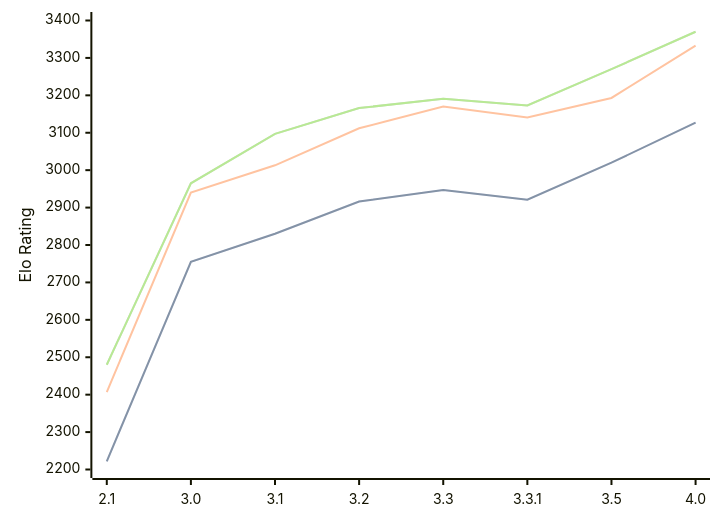
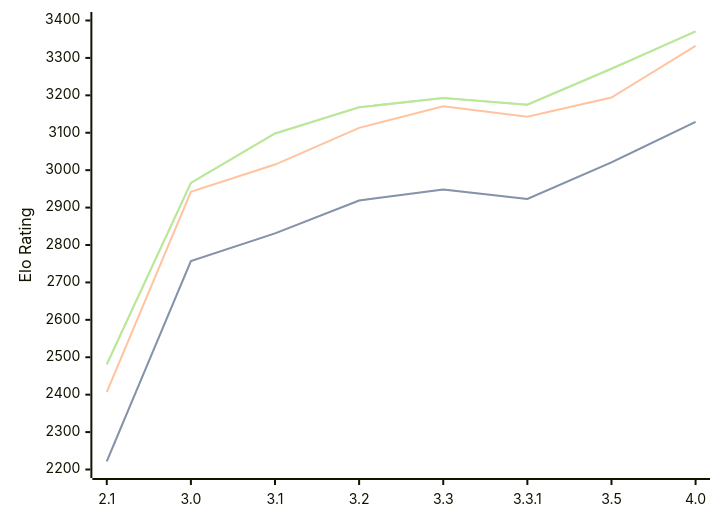
One commit to computer-chess-index/cci changed the diagram in engines/Petrel.md. Above: the diagram before and after it, drawn with Mermaid. The commit also changed other lines of this file, not shown here.

Commit message:
Update CCI Ratings (ELO VLTC) - 2026-09-01

````diff
--- a/engines/Petrel.md
+++ b/engines/Petrel.md
@@ -38,11 +38,11 @@
 ```mermaid
 %%{init: {"theme":"base","themeVariables":{"seriesColors:['#a3a3a3','#222221','#faa371']}}}%%
 xychart-beta
   x-axis ["2.1", "3.0", "3.1", "3.2", "3.3", "3.3.1", "3.5", "4.0"]
   y-axis "Elo Rating" 2200 --> 3400
-  line "" [2222, 2755, 2830, 2916, 2947, 2921, 3020, 3127]
-  line "STC (8.0+0.08s)" [2222, 2755, 2830, 2916, 2947, 2921, 3020, 3127]
-  line "LTC (60.0+0.60s)" [2407, 2940, 3013, 3112, 3170, 3141, 3193, 3333]
-  line "" [2480, 2965, 3097, 3166, 3191, 3173, 3270, 3370]
-  line "VLTC (2m24s+1.12s)" [2480, 2965, 3097, 3166, 3191, 3173, 3270, 3370]
+  line "" [2222, 2757, 2831, 2919, 2948, 2923, 3021, 3129]
+  line "STC (8.0+0.08s)" [2222, 2757, 2831, 2919, 2948, 2923, 3021, 3129]
+  line "LTC (60.0+0.60s)" [2407, 2942, 3015, 3113, 3171, 3143, 3194, 3332]
+  line "" [2481, 2966, 3098, 3168, 3193, 3175, 3271, 3371]
+  line "VLTC (2m24s+1.12s)" [2481, 2966, 3098, 3168, 3193, 3175, 3271, 3371]
 ```
````
